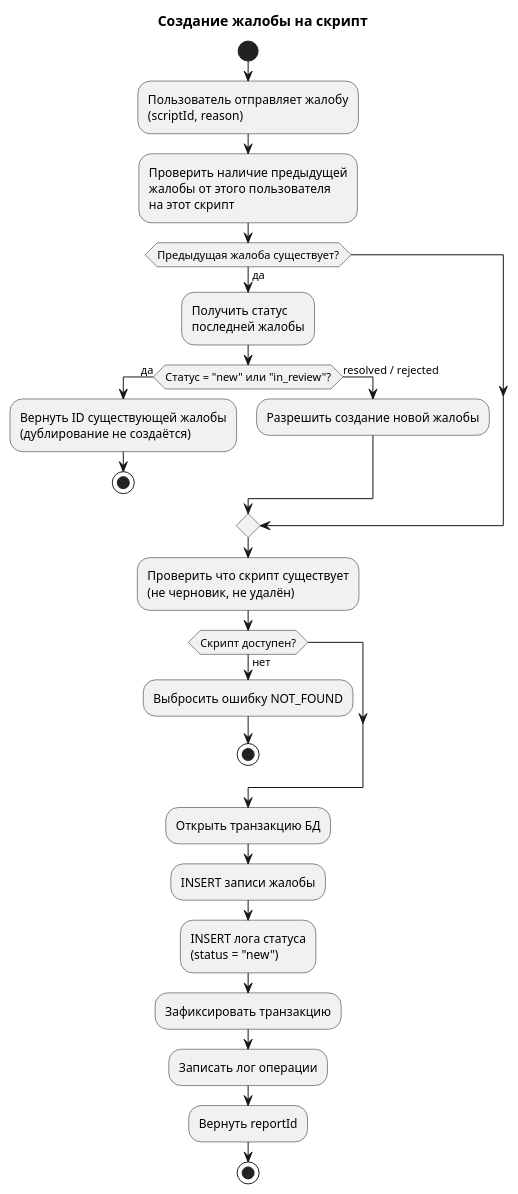
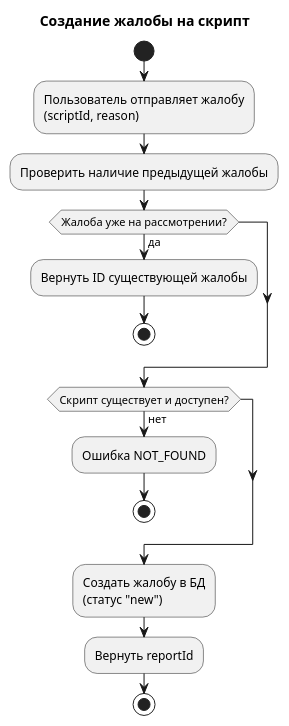
The diagram in docs/activity/06_report_creation.puml (nifle3/diplom_work), drawn with PlantUML before and after one commit. The commit also changed 10 other files, not shown here.

Commit message:
update activity diagram

```diff
--- a/docs/activity/06_report_creation.puml
+++ b/docs/activity/06_report_creation.puml
@@ -1,41 +1,25 @@
 @startuml 06_report_creation
 title Создание жалобы на скрипт
 
 start
 
 :Пользователь отправляет жалобу\n(scriptId, reason);
 
-:Проверить наличие предыдущей\nжалобы от этого пользователя\nна этот скрипт;
+:Проверить наличие предыдущей жалобы;
 
-if (Предыдущая жалоба существует?) then (да)
-  :Получить статус\nпоследней жалобы;
-
-  if (Статус = "new" или "in_review"?) then (да)
-    :Вернуть ID существующей жалобы\n(дублирование не создаётся);
-    stop
-  else (resolved / rejected)
-    :Разрешить создание новой жалобы;
-  endif
-endif
-
-:Проверить что скрипт существует\n(не черновик, не удалён);
-
-if (Скрипт доступен?) then (нет)
-  :Выбросить ошибку NOT_FOUND;
+if (Жалоба уже на рассмотрении?) then (да)
+  :Вернуть ID существующей жалобы;
   stop
 endif
 
-:Открыть транзакцию БД;
+if (Скрипт существует и доступен?) then (нет)
+  :Ошибка NOT_FOUND;
+  stop
+endif
 
-:INSERT записи жалобы;
-
-:INSERT лога статуса\n(status = "new");
-
-:Зафиксировать транзакцию;
-
-:Записать лог операции;
+:Создать жалобу в БД\n(статус "new");
 
 :Вернуть reportId;
 
 stop
 @enduml
```
